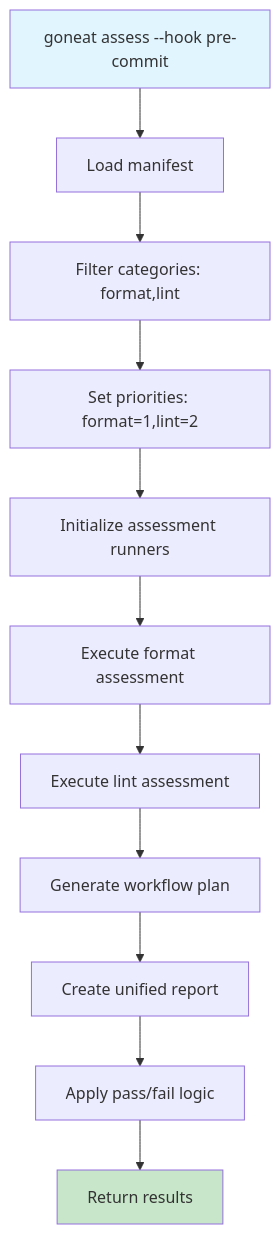
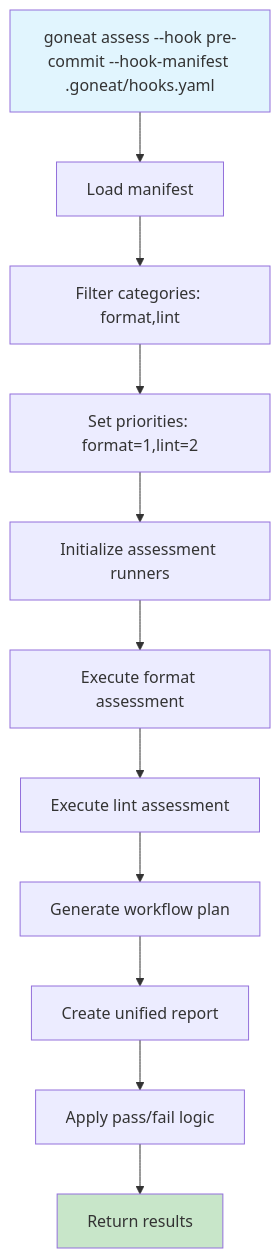
One commit to fulmenhq/goneat changed the third of 3 diagrams in docs/user-guide/workflows/git-hooks-operation.md. Above: the diagram before and after it, drawn with Mermaid. The commit also changed other lines of this file and 47 other files, not shown here.

````diff
--- a/docs/user-guide/workflows/git-hooks-operation.md
+++ b/docs/user-guide/workflows/git-hooks-operation.md
@@ -166,16 +208,16 @@
 ```mermaid
 graph TD
-    A[goneat assess --hook pre-commit] --> B[Load manifest]
+    A[goneat assess --hook pre-commit --hook-manifest .goneat/hooks.yaml] --> B[Load manifest]
     B --> C[Filter categories: format,lint]
     C --> D[Set priorities: format=1,lint=2]
     D --> E[Initialize assessment runners]
     E --> F[Execute format assessment]
     F --> G[Execute lint assessment]
     G --> H[Generate workflow plan]
     H --> I[Create unified report]
     I --> J[Apply pass/fail logic]
     J --> K[Return results]
 
     style A fill:#e1f5fe
     style K fill:#c8e6c9
 ```
````
